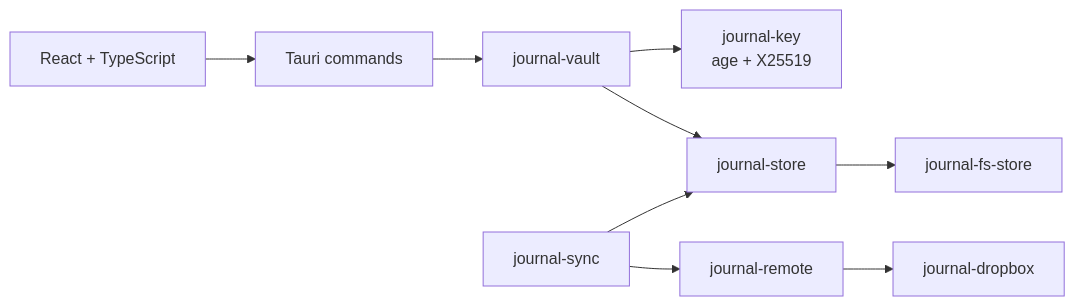
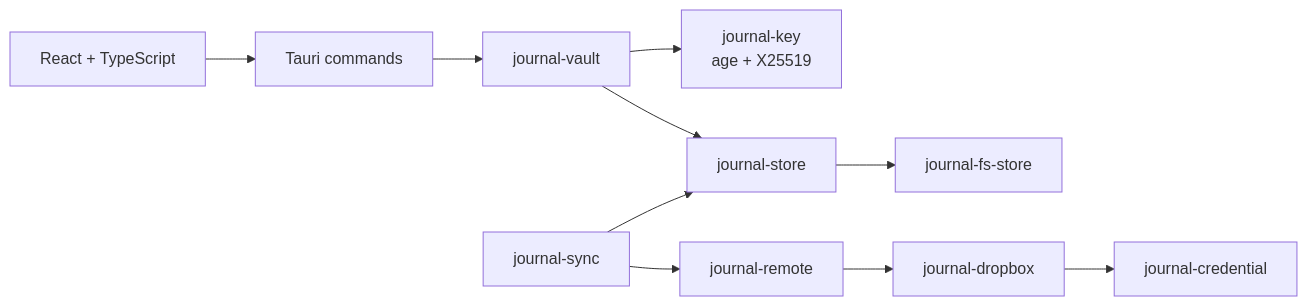
One commit to f-squirrel/journal changed the diagram in README.md. Above: the diagram before and after it, drawn with Mermaid. The commit also changed other lines of this file and 19 other files, not shown here.

````diff
--- a/README.md
+++ b/README.md
@@ -76,12 +76,13 @@
 ```mermaid
 flowchart LR
     UI["React + TypeScript"] --> IPC["Tauri commands"]
     IPC --> Vault["journal-vault"]
     Vault --> Key["journal-key<br/>age + X25519"]
     Vault --> Store["journal-store"]
     Store --> FS["journal-fs-store"]
 
     Sync["journal-sync"] --> Store
     Sync --> Remote["journal-remote"]
     Remote --> Dropbox["journal-dropbox"]
+    Dropbox --> Credential["journal-credential"]
 ```
````
